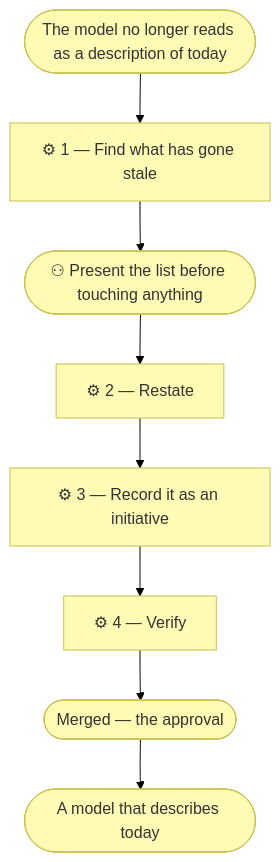
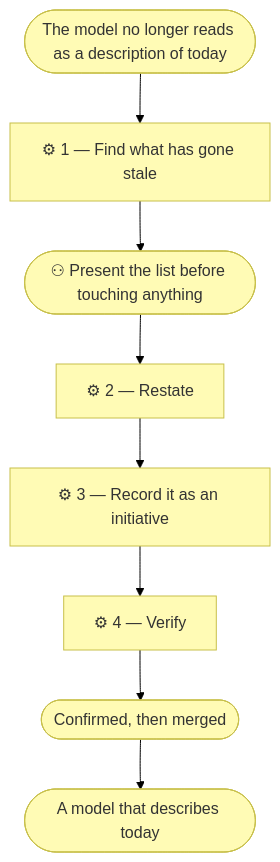
One commit to roanboc/archreator changed the diagram in plugins/archreator/skills/restate-current-state/SKILL.md. Above: the diagram before and after it, drawn with Mermaid (forest theme). The commit also changed other lines of this file and 47 other files, not shown here.

````diff
--- a/plugins/archreator/skills/restate-current-state/SKILL.md
+++ b/plugins/archreator/skills/restate-current-state/SKILL.md
@@ -44,16 +44,16 @@
 ```mermaid
 flowchart TD
   drift(["The model no longer reads as a description of today"])
   s1["⚙ 1 — Find what has gone stale"]
   ask(["⚇ Present the list before touching anything"])
   s2["⚙ 2 — Restate"]
   s3["⚙ 3 — Record it as an initiative"]
   s4["⚙ 4 — Verify"]
-  merged(["Merged — the approval"])
+  merged(["Confirmed, then merged"])
   out(["A model that describes today"])
 
   drift --> s1 --> ask --> s2 --> s3 --> s4 --> merged --> out
 
   classDef business fill:#fffbb5,stroke:#c8c04a,color:#333
   class s1,s2,s3,s4,drift,ask,out,merged business
 ```
````
